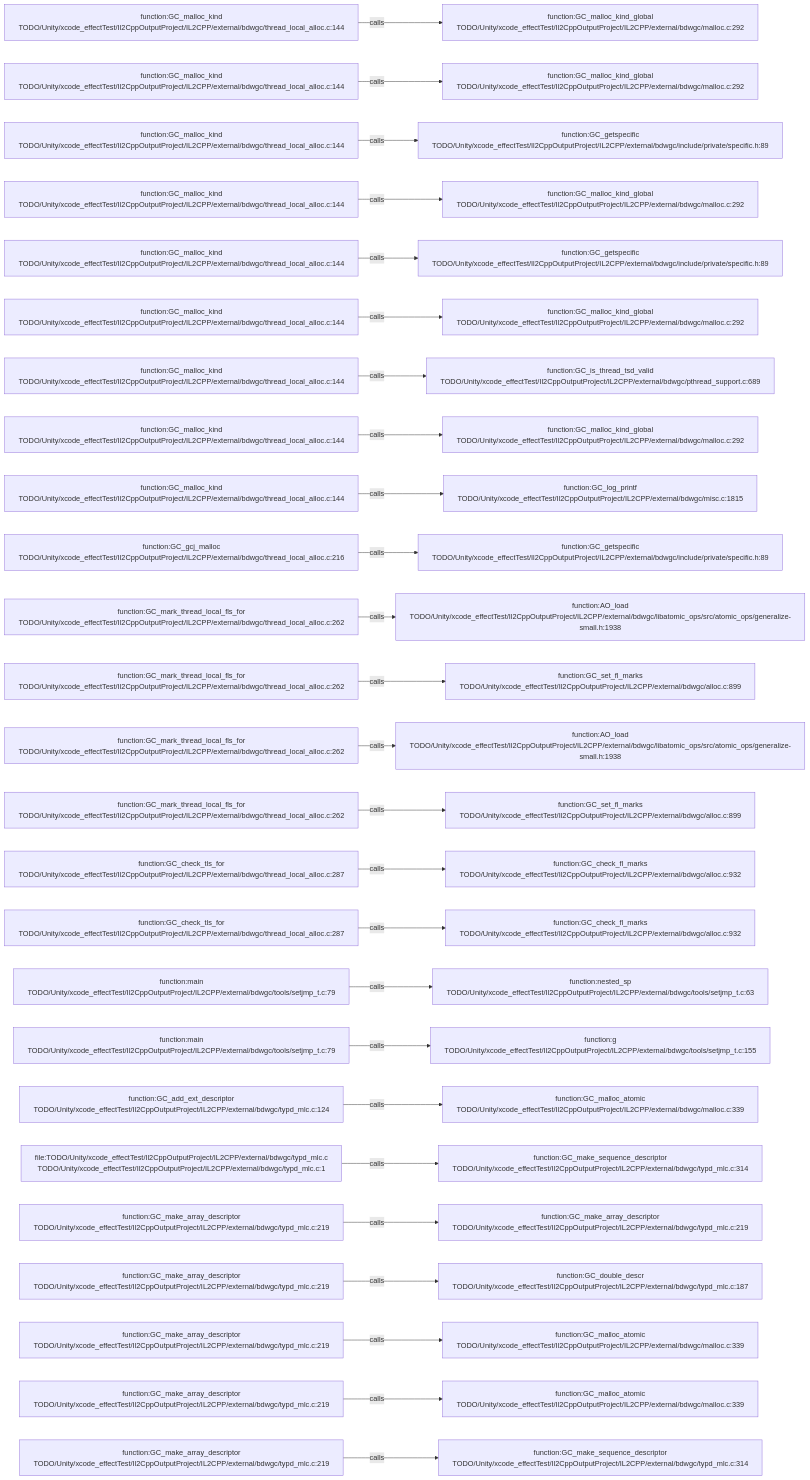
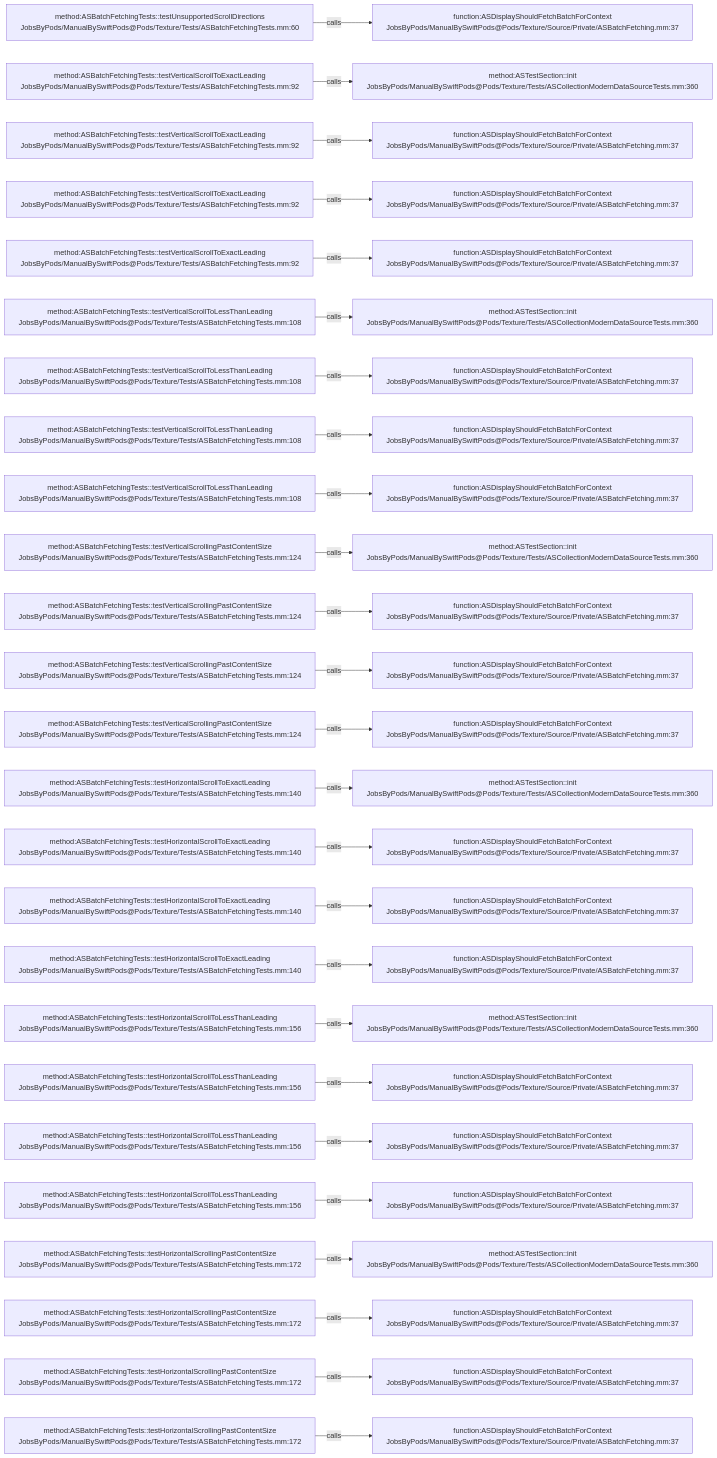
The diagram in .codegraph/codegraph.md/graphs/calls-181.md (JobsKits/JobsSwiftBaseConfigDemo), drawn with Mermaid before and after one commit. The commit also changed 2959 other files, not shown here.

````diff
--- a/.codegraph/codegraph.md/graphs/calls-181.md
+++ b/.codegraph/codegraph.md/graphs/calls-181.md
@@ -13,78 +13,78 @@
 ```mermaid
 flowchart LR
-  S1["function:GC_malloc_kind<br/>TODO/Unity/xcode_effectTest/Il2CppOutputProject/IL2CPP/external/bdwgc/thread_local_alloc.c:144"]
-  T1["function:GC_malloc_kind_global<br/>TODO/Unity/xcode_effectTest/Il2CppOutputProject/IL2CPP/external/bdwgc/malloc.c:292"]
+  S1["method:ASBatchFetchingTests::testUnsupportedScrollDirections<br/>JobsByPods/ManualBySwiftPods@Pods/Texture/Tests/ASBatchFetchingTests.mm:60"]
+  T1["function:ASDisplayShouldFetchBatchForContext<br/>JobsByPods/ManualBySwiftPods@Pods/Texture/Source/Private/ASBatchFetching.mm:37"]
   S1 -->|calls| T1
-  S2["function:GC_malloc_kind<br/>TODO/Unity/xcode_effectTest/Il2CppOutputProject/IL2CPP/external/bdwgc/thread_local_alloc.c:144"]
-  T2["function:GC_malloc_kind_global<br/>TODO/Unity/xcode_effectTest/Il2CppOutputProject/IL2CPP/external/bdwgc/malloc.c:292"]
+  S2["method:ASBatchFetchingTests::testVerticalScrollToExactLeading<br/>JobsByPods/ManualBySwiftPods@Pods/Texture/Tests/ASBatchFetchingTests.mm:92"]
+  T2["method:ASTestSection::init<br/>JobsByPods/ManualBySwiftPods@Pods/Texture/Tests/ASCollectionModernDataSourceTests.mm:360"]
   S2 -->|calls| T2
-  S3["function:GC_malloc_kind<br/>TODO/Unity/xcode_effectTest/Il2CppOutputProject/IL2CPP/external/bdwgc/thread_local_alloc.c:144"]
-  T3["function:GC_getspecific<br/>TODO/Unity/xcode_effectTest/Il2CppOutputProject/IL2CPP/external/bdwgc/include/private/specific.h:89"]
+  S3["method:ASBatchFetchingTests::testVerticalScrollToExactLeading<br/>JobsByPods/ManualBySwiftPods@Pods/Texture/Tests/ASBatchFetchingTests.mm:92"]
+  T3["function:ASDisplayShouldFetchBatchForContext<br/>JobsByPods/ManualBySwiftPods@Pods/Texture/Source/Private/ASBatchFetching.mm:37"]
   S3 -->|calls| T3
-  S4["function:GC_malloc_kind<br/>TODO/Unity/xcode_effectTest/Il2CppOutputProject/IL2CPP/external/bdwgc/thread_local_alloc.c:144"]
-  T4["function:GC_malloc_kind_global<br/>TODO/Unity/xcode_effectTest/Il2CppOutputProject/IL2CPP/external/bdwgc/malloc.c:292"]
+  S4["method:ASBatchFetchingTests::testVerticalScrollToExactLeading<br/>JobsByPods/ManualBySwiftPods@Pods/Texture/Tests/ASBatchFetchingTests.mm:92"]
+  T4["function:ASDisplayShouldFetchBatchForContext<br/>JobsByPods/ManualBySwiftPods@Pods/Texture/Source/Private/ASBatchFetching.mm:37"]
   S4 -->|calls| T4
-  S5["function:GC_malloc_kind<br/>TODO/Unity/xcode_effectTest/Il2CppOutputProject/IL2CPP/external/bdwgc/thread_local_alloc.c:144"]
-  T5["function:GC_getspecific<br/>TODO/Unity/xcode_effectTest/Il2CppOutputProject/IL2CPP/external/bdwgc/include/private/specific.h:89"]
+  S5["method:ASBatchFetchingTests::testVerticalScrollToExactLeading<br/>JobsByPods/ManualBySwiftPods@Pods/Texture/Tests/ASBatchFetchingTests.mm:92"]
+  T5["function:ASDisplayShouldFetchBatchForContext<br/>JobsByPods/ManualBySwiftPods@Pods/Texture/Source/Private/ASBatchFetching.mm:37"]
   S5 -->|calls| T5
-  S6["function:GC_malloc_kind<br/>TODO/Unity/xcode_effectTest/Il2CppOutputProject/IL2CPP/external/bdwgc/thread_local_alloc.c:144"]
-  T6["function:GC_malloc_kind_global<br/>TODO/Unity/xcode_effectTest/Il2CppOutputProject/IL2CPP/external/bdwgc/malloc.c:292"]
+  S6["method:ASBatchFetchingTests::testVerticalScrollToLessThanLeading<br/>JobsByPods/ManualBySwiftPods@Pods/Texture/Tests/ASBatchFetchingTests.mm:108"]
+  T6["method:ASTestSection::init<br/>JobsByPods/ManualBySwiftPods@Pods/Texture/Tests/ASCollectionModernDataSourceTests.mm:360"]
   S6 -->|calls| T6
-  S7["function:GC_malloc_kind<br/>TODO/Unity/xcode_effectTest/Il2CppOutputProject/IL2CPP/external/bdwgc/thread_local_alloc.c:144"]
-  T7["function:GC_is_thread_tsd_valid<br/>TODO/Unity/xcode_effectTest/Il2CppOutputProject/IL2CPP/external/bdwgc/pthread_support.c:689"]
+  S7["method:ASBatchFetchingTests::testVerticalScrollToLessThanLeading<br/>JobsByPods/ManualBySwiftPods@Pods/Texture/Tests/ASBatchFetchingTests.mm:108"]
+  T7["function:ASDisplayShouldFetchBatchForContext<br/>JobsByPods/ManualBySwiftPods@Pods/Texture/Source/Private/ASBatchFetching.mm:37"]
   S7 -->|calls| T7
-  S8["function:GC_malloc_kind<br/>TODO/Unity/xcode_effectTest/Il2CppOutputProject/IL2CPP/external/bdwgc/thread_local_alloc.c:144"]
-  T8["function:GC_malloc_kind_global<br/>TODO/Unity/xcode_effectTest/Il2CppOutputProject/IL2CPP/external/bdwgc/malloc.c:292"]
+  S8["method:ASBatchFetchingTests::testVerticalScrollToLessThanLeading<br/>JobsByPods/ManualBySwiftPods@Pods/Texture/Tests/ASBatchFetchingTests.mm:108"]
+  T8["function:ASDisplayShouldFetchBatchForContext<br/>JobsByPods/ManualBySwiftPods@Pods/Texture/Source/Private/ASBatchFetching.mm:37"]
   S8 -->|calls| T8
-  S9["function:GC_malloc_kind<br/>TODO/Unity/xcode_effectTest/Il2CppOutputProject/IL2CPP/external/bdwgc/thread_local_alloc.c:144"]
-  T9["function:GC_log_printf<br/>TODO/Unity/xcode_effectTest/Il2CppOutputProject/IL2CPP/external/bdwgc/misc.c:1815"]
+  S9["method:ASBatchFetchingTests::testVerticalScrollToLessThanLeading<br/>JobsByPods/ManualBySwiftPods@Pods/Texture/Tests/ASBatchFetchingTests.mm:108"]
+  T9["function:ASDisplayShouldFetchBatchForContext<br/>JobsByPods/ManualBySwiftPods@Pods/Texture/Source/Private/ASBatchFetching.mm:37"]
   S9 -->|calls| T9
-  S10["function:GC_gcj_malloc<br/>TODO/Unity/xcode_effectTest/Il2CppOutputProject/IL2CPP/external/bdwgc/thread_local_alloc.c:216"]
-  T10["function:GC_getspecific<br/>TODO/Unity/xcode_effectTest/Il2CppOutputProject/IL2CPP/external/bdwgc/include/private/specific.h:89"]
+  S10["method:ASBatchFetchingTests::testVerticalScrollingPastContentSize<br/>JobsByPods/ManualBySwiftPods@Pods/Texture/Tests/ASBatchFetchingTests.mm:124"]
+  T10["method:ASTestSection::init<br/>JobsByPods/ManualBySwiftPods@Pods/Texture/Tests/ASCollectionModernDataSourceTests.mm:360"]
   S10 -->|calls| T10
-  S11["function:GC_mark_thread_local_fls_for<br/>TODO/Unity/xcode_effectTest/Il2CppOutputProject/IL2CPP/external/bdwgc/thread_local_alloc.c:262"]
-  T11["function:AO_load<br/>TODO/Unity/xcode_effectTest/Il2CppOutputProject/IL2CPP/external/bdwgc/libatomic_ops/src/atomic_ops/generalize-small.h:1938"]
+  S11["method:ASBatchFetchingTests::testVerticalScrollingPastContentSize<br/>JobsByPods/ManualBySwiftPods@Pods/Texture/Tests/ASBatchFetchingTests.mm:124"]
+  T11["function:ASDisplayShouldFetchBatchForContext<br/>JobsByPods/ManualBySwiftPods@Pods/Texture/Source/Private/ASBatchFetching.mm:37"]
   S11 -->|calls| T11
-  S12["function:GC_mark_thread_local_fls_for<br/>TODO/Unity/xcode_effectTest/Il2CppOutputProject/IL2CPP/external/bdwgc/thread_local_alloc.c:262"]
-  T12["function:GC_set_fl_marks<br/>TODO/Unity/xcode_effectTest/Il2CppOutputProject/IL2CPP/external/bdwgc/alloc.c:899"]
+  S12["method:ASBatchFetchingTests::testVerticalScrollingPastContentSize<br/>JobsByPods/ManualBySwiftPods@Pods/Texture/Tests/ASBatchFetchingTests.mm:124"]
+  T12["function:ASDisplayShouldFetchBatchForContext<br/>JobsByPods/ManualBySwiftPods@Pods/Texture/Source/Private/ASBatchFetching.mm:37"]
   S12 -->|calls| T12
-  S13["function:GC_mark_thread_local_fls_for<br/>TODO/Unity/xcode_effectTest/Il2CppOutputProject/IL2CPP/external/bdwgc/thread_local_alloc.c:262"]
-  T13["function:AO_load<br/>TODO/Unity/xcode_effectTest/Il2CppOutputProject/IL2CPP/external/bdwgc/libatomic_ops/src/atomic_ops/generalize-small.h:1938"]
+  S13["method:ASBatchFetchingTests::testVerticalScrollingPastContentSize<br/>JobsByPods/ManualBySwiftPods@Pods/Texture/Tests/ASBatchFetchingTests.mm:124"]
+  T13["function:ASDisplayShouldFetchBatchForContext<br/>JobsByPods/ManualBySwiftPods@Pods/Texture/Source/Private/ASBatchFetching.mm:37"]
   S13 -->|calls| T13
-  S14["function:GC_mark_thread_local_fls_for<br/>TODO/Unity/xcode_effectTest/Il2CppOutputProject/IL2CPP/external/bdwgc/thread_local_alloc.c:262"]
-  T14["function:GC_set_fl_marks<br/>TODO/Unity/xcode_effectTest/Il2CppOutputProject/IL2CPP/external/bdwgc/alloc.c:899"]
+  S14["method:ASBatchFetchingTests::testHorizontalScrollToExactLeading<br/>JobsByPods/ManualBySwiftPods@Pods/Texture/Tests/ASBatchFetchingTests.mm:140"]
+  T14["method:ASTestSection::init<br/>JobsByPods/ManualBySwiftPods@Pods/Texture/Tests/ASCollectionModernDataSourceTests.mm:360"]
   S14 -->|calls| T14
-  S15["function:GC_check_tls_for<br/>TODO/Unity/xcode_effectTest/Il2CppOutputProject/IL2CPP/external/bdwgc/thread_local_alloc.c:287"]
-  T15["function:GC_check_fl_marks<br/>TODO/Unity/xcode_effectTest/Il2CppOutputProject/IL2CPP/external/bdwgc/alloc.c:932"]
+  S15["method:ASBatchFetchingTests::testHorizontalScrollToExactLeading<br/>JobsByPods/ManualBySwiftPods@Pods/Texture/Tests/ASBatchFetchingTests.mm:140"]
+  T15["function:ASDisplayShouldFetchBatchForContext<br/>JobsByPods/ManualBySwiftPods@Pods/Texture/Source/Private/ASBatchFetching.mm:37"]
   S15 -->|calls| T15
-  S16["function:GC_check_tls_for<br/>TODO/Unity/xcode_effectTest/Il2CppOutputProject/IL2CPP/external/bdwgc/thread_local_alloc.c:287"]
-  T16["function:GC_check_fl_marks<br/>TODO/Unity/xcode_effectTest/Il2CppOutputProject/IL2CPP/external/bdwgc/alloc.c:932"]
+  S16["method:ASBatchFetchingTests::testHorizontalScrollToExactLeading<br/>JobsByPods/ManualBySwiftPods@Pods/Texture/Tests/ASBatchFetchingTests.mm:140"]
+  T16["function:ASDisplayShouldFetchBatchForContext<br/>JobsByPods/ManualBySwiftPods@Pods/Texture/Source/Private/ASBatchFetching.mm:37"]
   S16 -->|calls| T16
-  S17["function:main<br/>TODO/Unity/xcode_effectTest/Il2CppOutputProject/IL2CPP/external/bdwgc/tools/setjmp_t.c:79"]
-  T17["function:nested_sp<br/>TODO/Unity/xcode_effectTest/Il2CppOutputProject/IL2CPP/external/bdwgc/tools/setjmp_t.c:63"]
+  S17["method:ASBatchFetchingTests::testHorizontalScrollToExactLeading<br/>JobsByPods/ManualBySwiftPods@Pods/Texture/Tests/ASBatchFetchingTests.mm:140"]
+  T17["function:ASDisplayShouldFetchBatchForContext<br/>JobsByPods/ManualBySwiftPods@Pods/Texture/Source/Private/ASBatchFetching.mm:37"]
   S17 -->|calls| T17
-  S18["function:main<br/>TODO/Unity/xcode_effectTest/Il2CppOutputProject/IL2CPP/external/bdwgc/tools/setjmp_t.c:79"]
-  T18["function:g<br/>TODO/Unity/xcode_effectTest/Il2CppOutputProject/IL2CPP/external/bdwgc/tools/setjmp_t.c:155"]
+  S18["method:ASBatchFetchingTests::testHorizontalScrollToLessThanLeading<br/>JobsByPods/ManualBySwiftPods@Pods/Texture/Tests/ASBatchFetchingTests.mm:156"]
+  T18["method:ASTestSection::init<br/>JobsByPods/ManualBySwiftPods@Pods/Texture/Tests/ASCollectionModernDataSourceTests.mm:360"]
   S18 -->|calls| T18
-  S19["function:GC_add_ext_descriptor<br/>TODO/Unity/xcode_effectTest/Il2CppOutputProject/IL2CPP/external/bdwgc/typd_mlc.c:124"]
-  T19["function:GC_malloc_atomic<br/>TODO/Unity/xcode_effectTest/Il2CppOutputProject/IL2CPP/external/bdwgc/malloc.c:339"]
+  S19["method:ASBatchFetchingTests::testHorizontalScrollToLessThanLeading<br/>JobsByPods/ManualBySwiftPods@Pods/Texture/Tests/ASBatchFetchingTests.mm:156"]
+  T19["function:ASDisplayShouldFetchBatchForContext<br/>JobsByPods/ManualBySwiftPods@Pods/Texture/Source/Private/ASBatchFetching.mm:37"]
   S19 -->|calls| T19
-  S20["file:TODO/Unity/xcode_effectTest/Il2CppOutputProject/IL2CPP/external/bdwgc/typd_mlc.c<br/>TODO/Unity/xcode_effectTest/Il2CppOutputProject/IL2CPP/external/bdwgc/typd_mlc.c:1"]
-  T20["function:GC_make_sequence_descriptor<br/>TODO/Unity/xcode_effectTest/Il2CppOutputProject/IL2CPP/external/bdwgc/typd_mlc.c:314"]
+  S20["method:ASBatchFetchingTests::testHorizontalScrollToLessThanLeading<br/>JobsByPods/ManualBySwiftPods@Pods/Texture/Tests/ASBatchFetchingTests.mm:156"]
+  T20["function:ASDisplayShouldFetchBatchForContext<br/>JobsByPods/ManualBySwiftPods@Pods/Texture/Source/Private/ASBatchFetching.mm:37"]
   S20 -->|calls| T20
-  S21["function:GC_make_array_descriptor<br/>TODO/Unity/xcode_effectTest/Il2CppOutputProject/IL2CPP/external/bdwgc/typd_mlc.c:219"]
-  T21["function:GC_make_array_descriptor<br/>TODO/Unity/xcode_effectTest/Il2CppOutputProject/IL2CPP/external/bdwgc/typd_mlc.c:219"]
+  S21["method:ASBatchFetchingTests::testHorizontalScrollToLessThanLeading<br/>JobsByPods/ManualBySwiftPods@Pods/Texture/Tests/ASBatchFetchingTests.mm:156"]
+  T21["function:ASDisplayShouldFetchBatchForContext<br/>JobsByPods/ManualBySwiftPods@Pods/Texture/Source/Private/ASBatchFetching.mm:37"]
   S21 -->|calls| T21
-  S22["function:GC_make_array_descriptor<br/>TODO/Unity/xcode_effectTest/Il2CppOutputProject/IL2CPP/external/bdwgc/typd_mlc.c:219"]
-  T22["function:GC_double_descr<br/>TODO/Unity/xcode_effectTest/Il2CppOutputProject/IL2CPP/external/bdwgc/typd_mlc.c:187"]
+  S22["method:ASBatchFetchingTests::testHorizontalScrollingPastContentSize<br/>JobsByPods/ManualBySwiftPods@Pods/Texture/Tests/ASBatchFetchingTests.mm:172"]
+  T22["method:ASTestSection::init<br/>JobsByPods/ManualBySwiftPods@Pods/Texture/Tests/ASCollectionModernDataSourceTests.mm:360"]
   S22 -->|calls| T22
-  S23["function:GC_make_array_descriptor<br/>TODO/Unity/xcode_effectTest/Il2CppOutputProject/IL2CPP/external/bdwgc/typd_mlc.c:219"]
-  T23["function:GC_malloc_atomic<br/>TODO/Unity/xcode_effectTest/Il2CppOutputProject/IL2CPP/external/bdwgc/malloc.c:339"]
+  S23["method:ASBatchFetchingTests::testHorizontalScrollingPastContentSize<br/>JobsByPods/ManualBySwiftPods@Pods/Texture/Tests/ASBatchFetchingTests.mm:172"]
+  T23["function:ASDisplayShouldFetchBatchForContext<br/>JobsByPods/ManualBySwiftPods@Pods/Texture/Source/Private/ASBatchFetching.mm:37"]
   S23 -->|calls| T23
-  S24["function:GC_make_array_descriptor<br/>TODO/Unity/xcode_effectTest/Il2CppOutputProject/IL2CPP/external/bdwgc/typd_mlc.c:219"]
-  T24["function:GC_malloc_atomic<br/>TODO/Unity/xcode_effectTest/Il2CppOutputProject/IL2CPP/external/bdwgc/malloc.c:339"]
+  S24["method:ASBatchFetchingTests::testHorizontalScrollingPastContentSize<br/>JobsByPods/ManualBySwiftPods@Pods/Texture/Tests/ASBatchFetchingTests.mm:172"]
+  T24["function:ASDisplayShouldFetchBatchForContext<br/>JobsByPods/ManualBySwiftPods@Pods/Texture/Source/Private/ASBatchFetching.mm:37"]
   S24 -->|calls| T24
-  S25["function:GC_make_array_descriptor<br/>TODO/Unity/xcode_effectTest/Il2CppOutputProject/IL2CPP/external/bdwgc/typd_mlc.c:219"]
-  T25["function:GC_make_sequence_descriptor<br/>TODO/Unity/xcode_effectTest/Il2CppOutputProject/IL2CPP/external/bdwgc/typd_mlc.c:314"]
+  S25["method:ASBatchFetchingTests::testHorizontalScrollingPastContentSize<br/>JobsByPods/ManualBySwiftPods@Pods/Texture/Tests/ASBatchFetchingTests.mm:172"]
+  T25["function:ASDisplayShouldFetchBatchForContext<br/>JobsByPods/ManualBySwiftPods@Pods/Texture/Source/Private/ASBatchFetching.mm:37"]
   S25 -->|calls| T25
 ```
````
